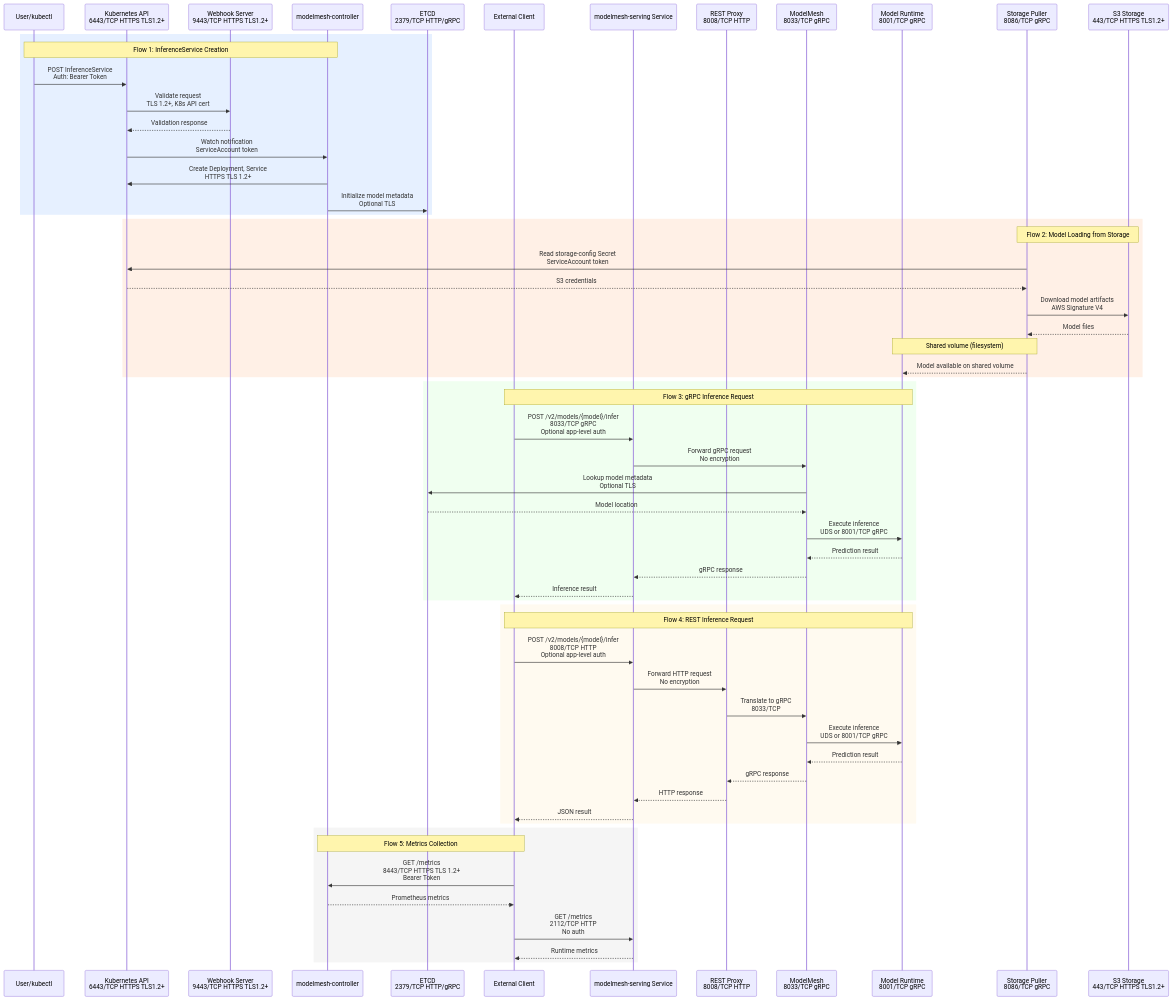
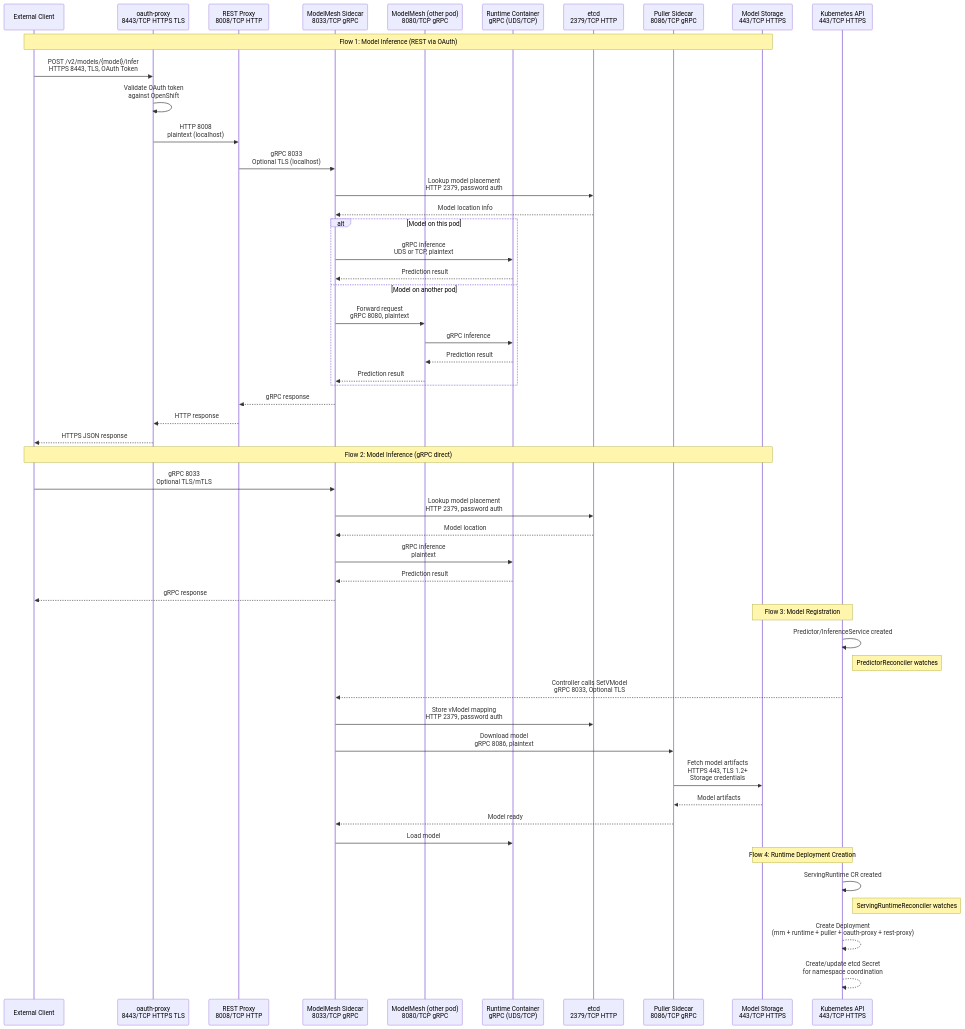
One commit to rhuss/architecture-context changed the diagram in architecture/rhoai-2.25/diagrams/modelmesh-serving-dataflow.mmd. Above: the diagram before and after it, drawn with Mermaid. The commit also changed 634 other files, not shown here.

```diff
--- a/architecture/rhoai-2.25/diagrams/modelmesh-serving-dataflow.mmd
+++ b/architecture/rhoai-2.25/diagrams/modelmesh-serving-dataflow.mmd
@@ -1,65 +1,60 @@
+%% ModelMesh Serving - Data Flow Diagram
+%% Generated by: Claude Opus 4.6
+%% Source: architecture/rhoai-2.25/modelmesh-serving.md
+
 sequenceDiagram
-    participant User as User/kubectl
-    participant K8sAPI as Kubernetes API<br/>6443/TCP HTTPS TLS1.2+
-    participant Webhook as Webhook Server<br/>9443/TCP HTTPS TLS1.2+
-    participant Controller as modelmesh-controller
-    participant ETCD as ETCD<br/>2379/TCP HTTP/gRPC
     participant Client as External Client
-    participant Service as modelmesh-serving Service
+    participant OAuthProxy as oauth-proxy<br/>8443/TCP HTTPS TLS
     participant RESTProxy as REST Proxy<br/>8008/TCP HTTP
-    participant ModelMesh as ModelMesh<br/>8033/TCP gRPC
-    participant Runtime as Model Runtime<br/>8001/TCP gRPC
-    participant Puller as Storage Puller<br/>8086/TCP gRPC
-    participant S3 as S3 Storage<br/>443/TCP HTTPS TLS1.2+
+    participant MMesh as ModelMesh Sidecar<br/>8033/TCP gRPC
+    participant MMesh2 as ModelMesh (other pod)<br/>8080/TCP gRPC
+    participant Runtime as Runtime Container<br/>gRPC (UDS/TCP)
+    participant etcd as etcd<br/>2379/TCP HTTP
+    participant Puller as Puller Sidecar<br/>8086/TCP gRPC
+    participant Storage as Model Storage<br/>443/TCP HTTPS
+    participant K8sAPI as Kubernetes API<br/>443/TCP HTTPS
 
-    rect rgb(230, 240, 255)
-        Note over User,Controller: Flow 1: InferenceService Creation
-        User->>K8sAPI: POST InferenceService<br/>Auth: Bearer Token
-        K8sAPI->>Webhook: Validate request<br/>TLS 1.2+, K8s API cert
-        Webhook-->>K8sAPI: Validation response
-        K8sAPI->>Controller: Watch notification<br/>ServiceAccount token
-        Controller->>K8sAPI: Create Deployment, Service<br/>HTTPS TLS 1.2+
-        Controller->>ETCD: Initialize model metadata<br/>Optional TLS
+    Note over Client,Storage: Flow 1: Model Inference (REST via OAuth)
+    Client->>OAuthProxy: POST /v2/models/{model}/infer<br/>HTTPS 8443, TLS, OAuth Token
+    OAuthProxy->>OAuthProxy: Validate OAuth token<br/>against OpenShift
+    OAuthProxy->>RESTProxy: HTTP 8008<br/>plaintext (localhost)
+    RESTProxy->>MMesh: gRPC 8033<br/>Optional TLS (localhost)
+    MMesh->>etcd: Lookup model placement<br/>HTTP 2379, password auth
+    etcd-->>MMesh: Model location info
+    alt Model on this pod
+        MMesh->>Runtime: gRPC inference<br/>UDS or TCP, plaintext
+        Runtime-->>MMesh: Prediction result
+    else Model on another pod
+        MMesh->>MMesh2: Forward request<br/>gRPC 8080, plaintext
+        MMesh2->>Runtime: gRPC inference
+        Runtime-->>MMesh2: Prediction result
+        MMesh2-->>MMesh: Prediction result
     end
+    MMesh-->>RESTProxy: gRPC response
+    RESTProxy-->>OAuthProxy: HTTP response
+    OAuthProxy-->>Client: HTTPS JSON response
 
-    rect rgb(255, 240, 230)
-        Note over Puller,S3: Flow 2: Model Loading from Storage
-        Puller->>K8sAPI: Read storage-config Secret<br/>ServiceAccount token
-        K8sAPI-->>Puller: S3 credentials
-        Puller->>S3: Download model artifacts<br/>AWS Signature V4
-        S3-->>Puller: Model files
-        Note over Puller,Runtime: Shared volume (filesystem)
-        Puller-->>Runtime: Model available on shared volume
-    end
+    Note over Client,Storage: Flow 2: Model Inference (gRPC direct)
+    Client->>MMesh: gRPC 8033<br/>Optional TLS/mTLS
+    MMesh->>etcd: Lookup model placement<br/>HTTP 2379, password auth
+    etcd-->>MMesh: Model location
+    MMesh->>Runtime: gRPC inference<br/>plaintext
+    Runtime-->>MMesh: Prediction result
+    MMesh-->>Client: gRPC response
 
-    rect rgb(240, 255, 240)
-        Note over Client,Runtime: Flow 3: gRPC Inference Request
-        Client->>Service: POST /v2/models/{model}/infer<br/>8033/TCP gRPC<br/>Optional app-level auth
-        Service->>ModelMesh: Forward gRPC request<br/>No encryption
-        ModelMesh->>ETCD: Lookup model metadata<br/>Optional TLS
-        ETCD-->>ModelMesh: Model location
-        ModelMesh->>Runtime: Execute inference<br/>UDS or 8001/TCP gRPC
-        Runtime-->>ModelMesh: Prediction result
-        ModelMesh-->>Service: gRPC response
-        Service-->>Client: Inference result
-    end
+    Note over K8sAPI,Storage: Flow 3: Model Registration
+    K8sAPI->>K8sAPI: Predictor/InferenceService created
+    Note right of K8sAPI: PredictorReconciler watches
+    K8sAPI-->>MMesh: Controller calls SetVModel<br/>gRPC 8033, Optional TLS
+    MMesh->>etcd: Store vModel mapping<br/>HTTP 2379, password auth
+    MMesh->>Puller: Download model<br/>gRPC 8086, plaintext
+    Puller->>Storage: Fetch model artifacts<br/>HTTPS 443, TLS 1.2+<br/>Storage credentials
+    Storage-->>Puller: Model artifacts
+    Puller-->>MMesh: Model ready
+    MMesh->>Runtime: Load model
 
-    rect rgb(255, 250, 240)
-        Note over Client,Runtime: Flow 4: REST Inference Request
-        Client->>Service: POST /v2/models/{model}/infer<br/>8008/TCP HTTP<br/>Optional app-level auth
-        Service->>RESTProxy: Forward HTTP request<br/>No encryption
-        RESTProxy->>ModelMesh: Translate to gRPC<br/>8033/TCP
-        ModelMesh->>Runtime: Execute inference<br/>UDS or 8001/TCP gRPC
-        Runtime-->>ModelMesh: Prediction result
-        ModelMesh-->>RESTProxy: gRPC response
-        RESTProxy-->>Service: HTTP response
-        Service-->>Client: JSON result
-    end
-
-    rect rgb(245, 245, 245)
-        Note over Client,Controller: Flow 5: Metrics Collection
-        Client->>Controller: GET /metrics<br/>8443/TCP HTTPS TLS 1.2+<br/>Bearer Token
-        Controller-->>Client: Prometheus metrics
-        Client->>Service: GET /metrics<br/>2112/TCP HTTP<br/>No auth
-        Service-->>Client: Runtime metrics
-    end
+    Note over K8sAPI,Storage: Flow 4: Runtime Deployment Creation
+    K8sAPI->>K8sAPI: ServingRuntime CR created
+    Note right of K8sAPI: ServingRuntimeReconciler watches
+    K8sAPI-->>K8sAPI: Create Deployment<br/>(mm + runtime + puller + oauth-proxy + rest-proxy)
+    K8sAPI-->>K8sAPI: Create/update etcd Secret<br/>for namespace coordination
```
